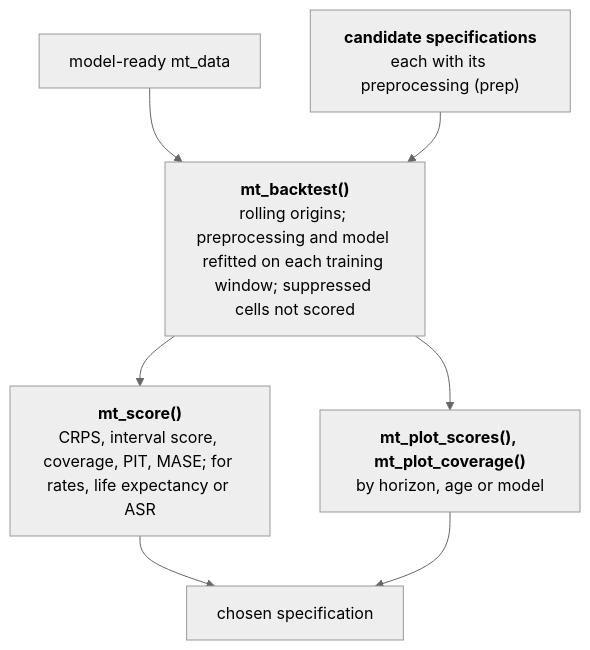
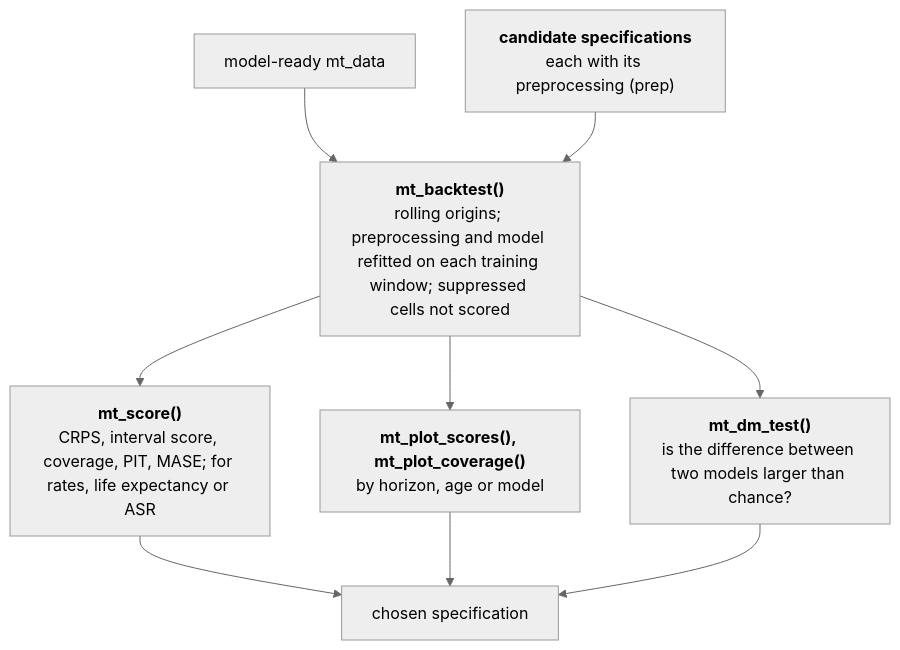
One commit to kalleEF/mortensor changed the diagram in dev/diagrams/function-map-choice.mmd. Above: the diagram before and after it, drawn with Mermaid (neutral theme). The commit also changed 41 other files, not shown here.

```diff
--- a/dev/diagrams/function-map-choice.mmd
+++ b/dev/diagrams/function-map-choice.mmd
@@ -1,15 +1,18 @@
 flowchart TD
   M["model-ready mt_data"]
   SP["`**candidate specifications**
   each with its preprocessing (prep)`"]
   BT["`**mt_backtest()**
   rolling origins; preprocessing and model refitted on each training window; suppressed cells not scored`"]
   SC["`**mt_score()**
   CRPS, interval score, coverage, PIT, MASE; for rates, life expectancy or ASR`"]
   PL["`**mt_plot_scores(), mt_plot_coverage()**
   by horizon, age or model`"]
+  DM["`**mt_dm_test()**
+  is the difference between two models larger than chance?`"]
   CH["chosen specification"]
   M --> BT
   SP --> BT
   BT --> SC --> CH
   BT --> PL --> CH
+  BT --> DM --> CH
```
